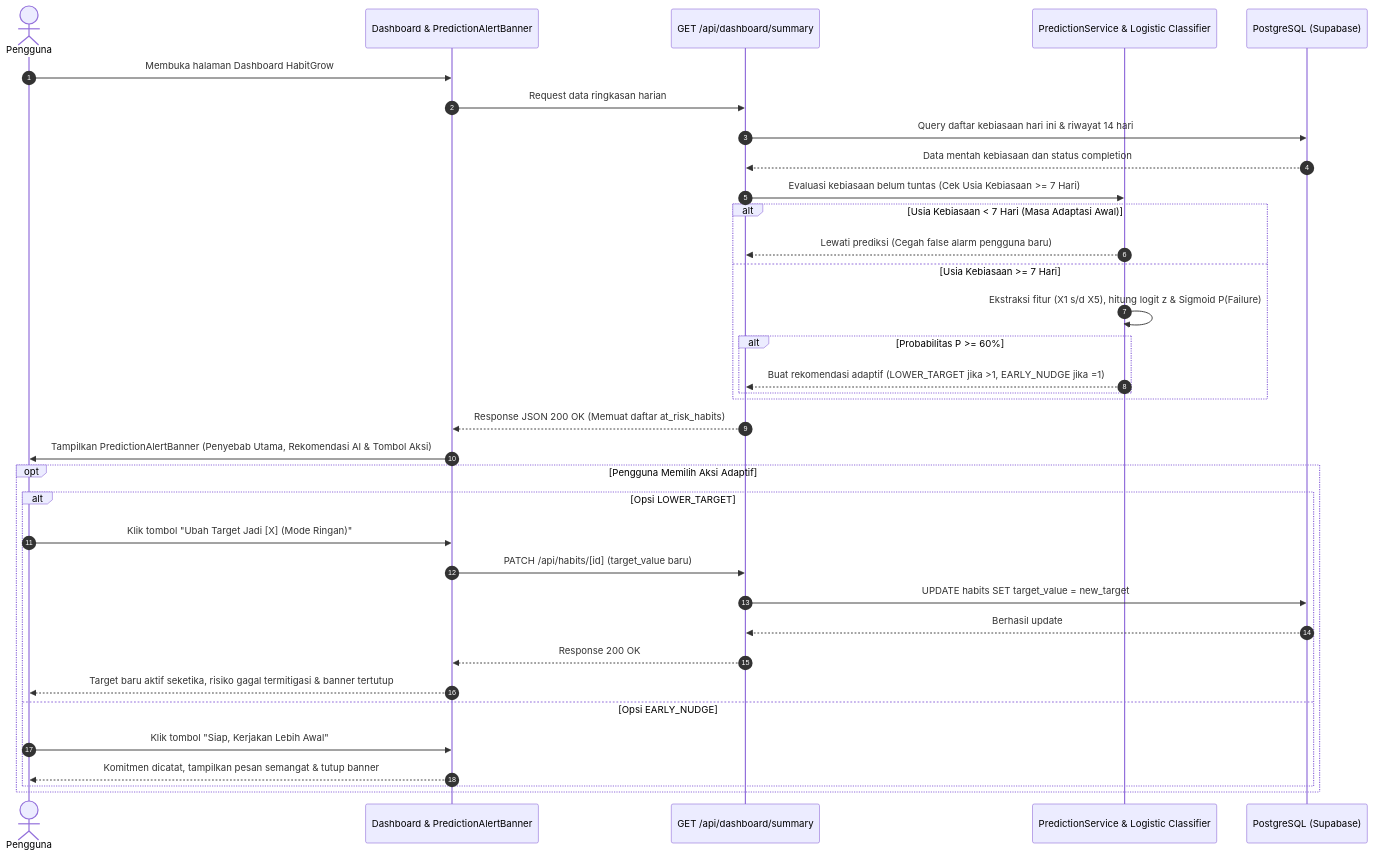
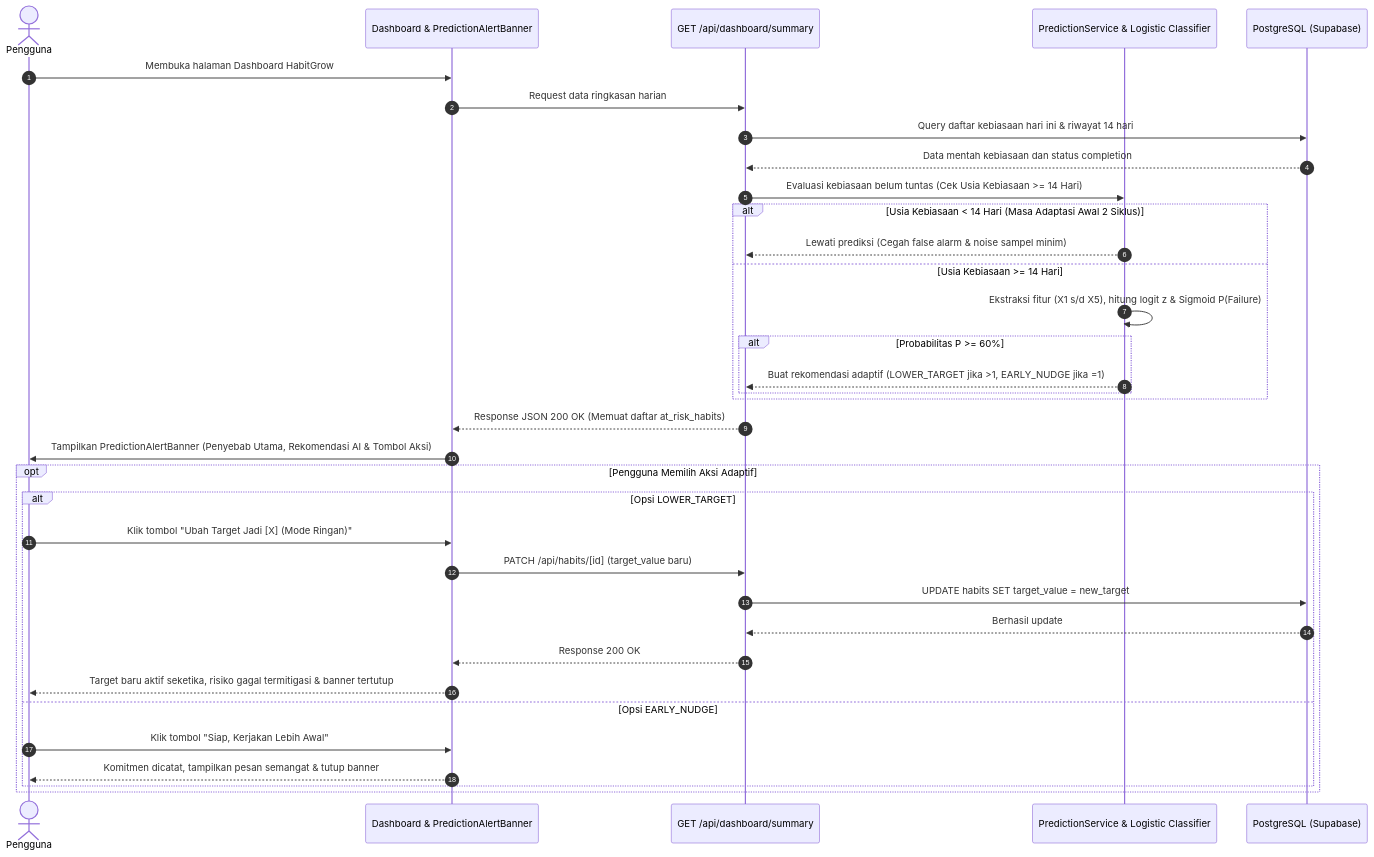
One commit to Vincentaa7/HabitGrow changed the fourth of 5 diagrams in PROJECT_DOCUMENTATION.md. Above: the diagram before and after it, drawn with Mermaid. The commit also changed other lines of this file and 9 other files, not shown here.

````diff
--- a/PROJECT_DOCUMENTATION.md
+++ b/PROJECT_DOCUMENTATION.md
@@ -636,39 +652,39 @@
 ```mermaid
 sequenceDiagram
     autonumber
     actor User as Pengguna
     participant UI as Dashboard & PredictionAlertBanner
     participant API as GET /api/dashboard/summary
     participant ML as PredictionService & Logistic Classifier
     participant DB as PostgreSQL (Supabase)
 
     User->>UI: Membuka halaman Dashboard HabitGrow
     UI->>API: Request data ringkasan harian
     API->>DB: Query daftar kebiasaan hari ini & riwayat 14 hari
     DB-->>API: Data mentah kebiasaan dan status completion
-    API->>ML: Evaluasi kebiasaan belum tuntas (Cek Usia Kebiasaan >= 7 Hari)
-    alt Usia Kebiasaan < 7 Hari (Masa Adaptasi Awal)
-        ML-->>API: Lewati prediksi (Cegah false alarm pengguna baru)
-    else Usia Kebiasaan >= 7 Hari
+    API->>ML: Evaluasi kebiasaan belum tuntas (Cek Usia Kebiasaan >= 14 Hari)
+    alt Usia Kebiasaan < 14 Hari (Masa Adaptasi Awal 2 Siklus)
+        ML-->>API: Lewati prediksi (Cegah false alarm & noise sampel minim)
+    else Usia Kebiasaan >= 14 Hari
         ML->>ML: Ekstraksi fitur (X1 s/d X5), hitung logit z & Sigmoid P(Failure)
         alt Probabilitas P >= 60%
             ML-->>API: Buat rekomendasi adaptif (LOWER_TARGET jika >1, EARLY_NUDGE jika =1)
         end
     end
     API-->>UI: Response JSON 200 OK (Memuat daftar at_risk_habits)
     UI->>User: Tampilkan PredictionAlertBanner (Penyebab Utama, Rekomendasi AI & Tombol Aksi)
     
     opt Pengguna Memilih Aksi Adaptif
         alt Opsi LOWER_TARGET
             User->>UI: Klik tombol "Ubah Target Jadi [X] (Mode Ringan)"
             UI->>API: PATCH /api/habits/[id] (target_value baru)
             API->>DB: UPDATE habits SET target_value = new_target
             DB-->>API: Berhasil update
             API-->>UI: Response 200 OK
             UI-->>User: Target baru aktif seketika, risiko gagal termitigasi & banner tertutup
         else Opsi EARLY_NUDGE
             User->>UI: Klik tombol "Siap, Kerjakan Lebih Awal"
             UI-->>User: Komitmen dicatat, tampilkan pesan semangat & tutup banner
         end
     end
 ```
````
